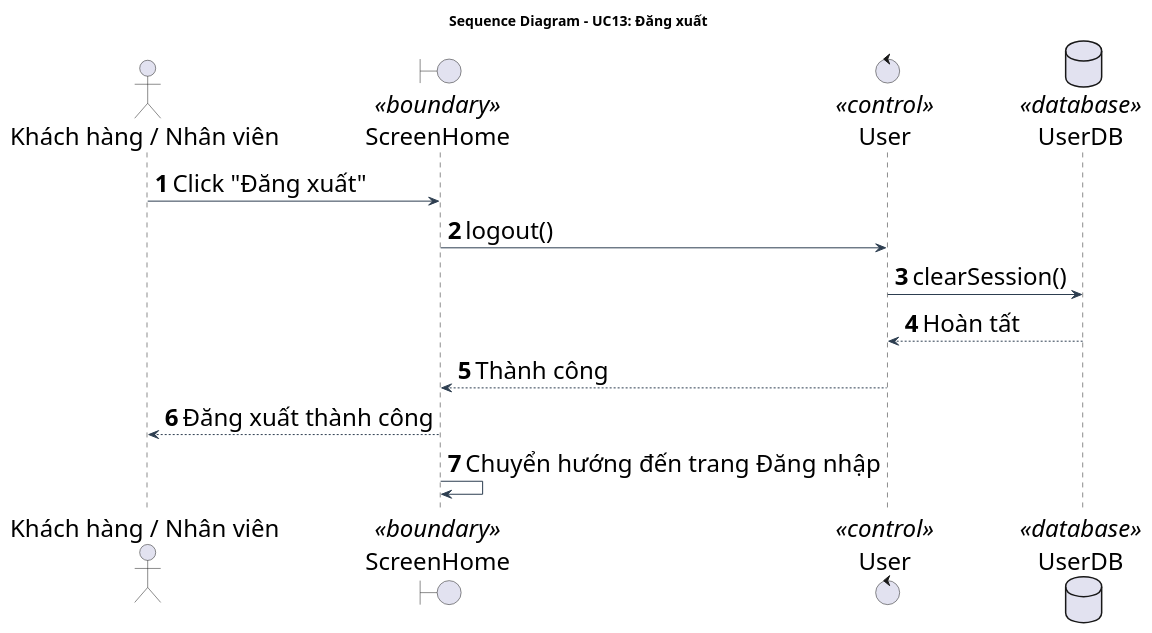
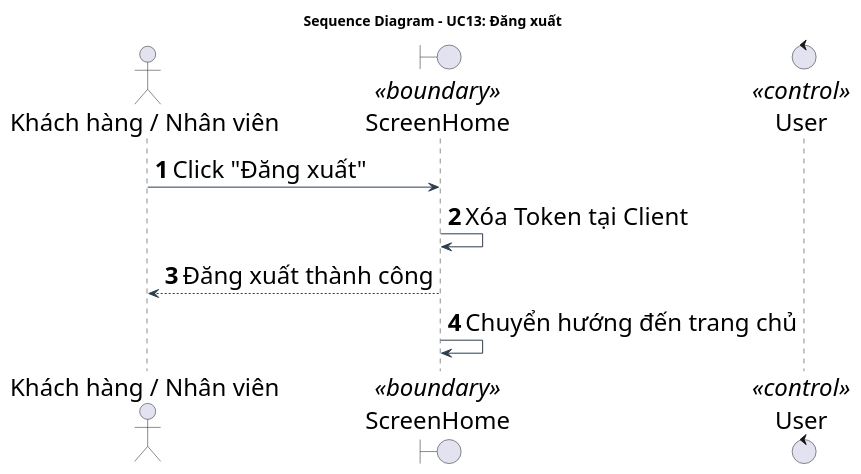
One commit to Gnourt812005/HCMUS-Analyze-and-desgin-IS changed the diagram in doc/system/dang_xuat/DangXuat_SequenceDiagram.wsd. Above: the diagram before and after it, drawn with PlantUML. The commit also changed 6 other files, not shown here.

```diff
--- a/doc/system/dang_xuat/DangXuat_SequenceDiagram.wsd
+++ b/doc/system/dang_xuat/DangXuat_SequenceDiagram.wsd
@@ -1,29 +1,27 @@
 @startuml DangXuat_SequenceDiagram
 title Sequence Diagram - UC13: Đăng xuất
 
 ' --- STYLE CONFIGURATION ---
 skinparam {
     BackgroundColor White
     ArrowColor #2D3E50
     DefaultFontName "Arial"
     DefaultFontSize 24
     ParticipantPadding 20
     BoxPadding 10
 }
 
 actor "Khách hàng / Nhân viên" as Actor
 boundary "ScreenHome" as GUI <<boundary>>
 control "User" as BUS <<control>>
-database "UserDB" as DB <<database>>
 
 autonumber
 
 Actor -> GUI: Click "Đăng xuất"
-GUI -> BUS: logout()
-BUS -> DB: clearSession()
-DB --> BUS: Hoàn tất
-BUS --> GUI: Thành công
+GUI -> GUI: Xóa Token tại Client
+' GUI -> BUS: logout() (Tùy chọn)
+' BUS --> GUI: 200 OK
 GUI --> Actor: Đăng xuất thành công
-GUI -> GUI: Chuyển hướng đến trang Đăng nhập
+GUI -> GUI: Chuyển hướng đến trang chủ
 
 @enduml
```
